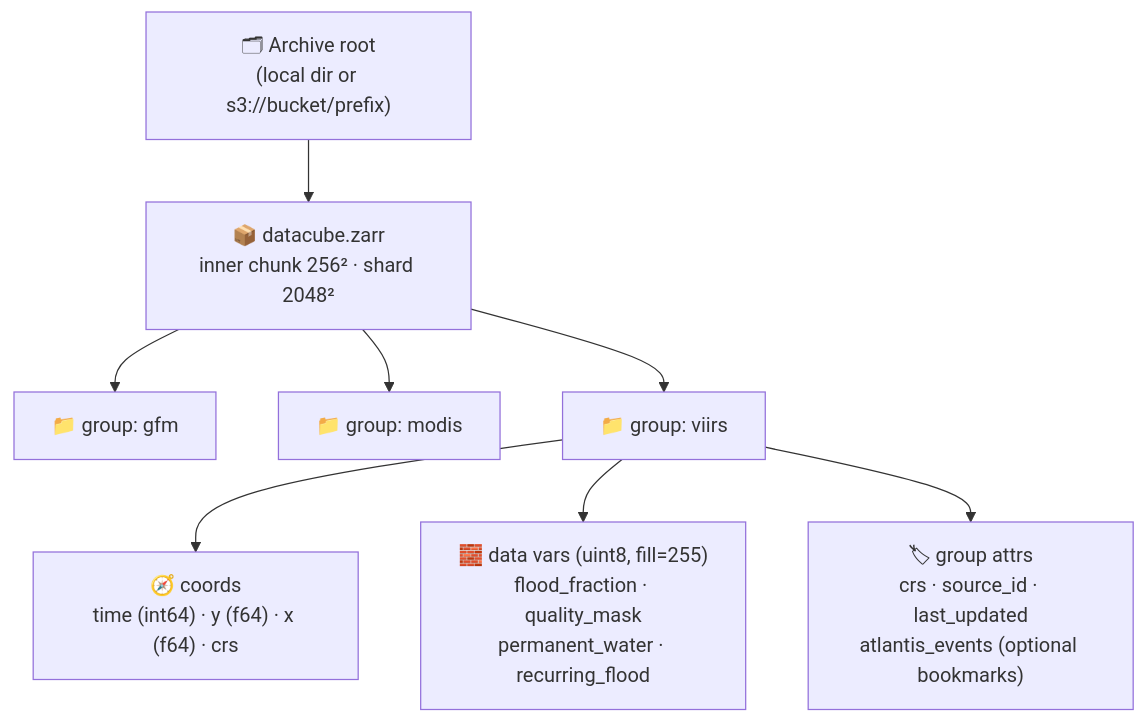
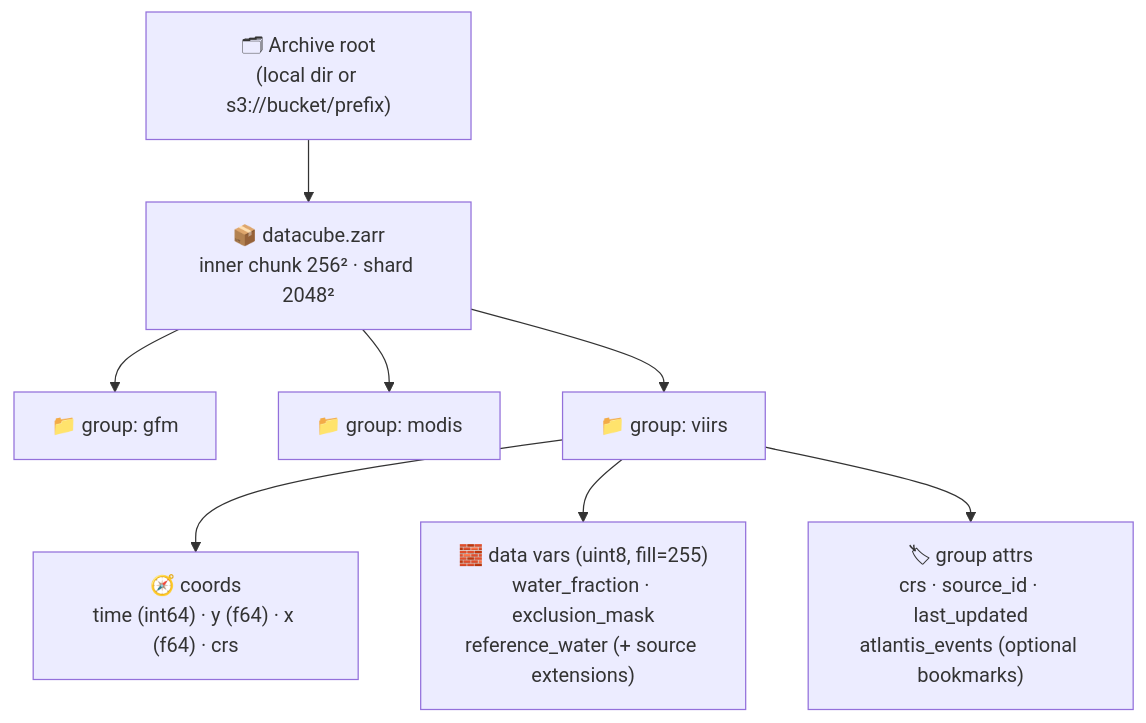
The first of 4 diagrams in docs/archive/zarr-spec.md (opageo/atlantis), drawn with Mermaid before and after one commit. The commit also changed other lines of this file and 3 other files, not shown here.

Commit message:
fix: Update references from flood_fraction to water_fraction across documentation and code

````diff
--- a/docs/archive/zarr-spec.md
+++ b/docs/archive/zarr-spec.md
@@ -34,14 +34,14 @@
 ```mermaid
 graph TD
     ROOT["🗂 Archive root<br/>(local dir or s3://bucket/prefix)"]
 
     ROOT --> CUBE["📦 datacube.zarr<br/>inner chunk 256² · shard 2048²"]
 
     CUBE --> RG1["📁 group: gfm"]
     CUBE --> RG2["📁 group: modis"]
     CUBE --> RG3["📁 group: viirs"]
 
     RG3 --> COORDS["🧭 coords<br/>time (int64) · y (f64) · x (f64) · crs"]
-    RG3 --> VARS["🧱 data vars (uint8, fill=255)<br/>flood_fraction · quality_mask<br/>permanent_water · recurring_flood"]
+    RG3 --> VARS["🧱 data vars (uint8, fill=255)<br/>water_fraction · exclusion_mask<br/>reference_water (+ source extensions)"]
     RG3 --> ATTRS["🏷 group attrs<br/>crs · source_id · last_updated<br/>atlantis_events (optional bookmarks)"]
 ```
````
